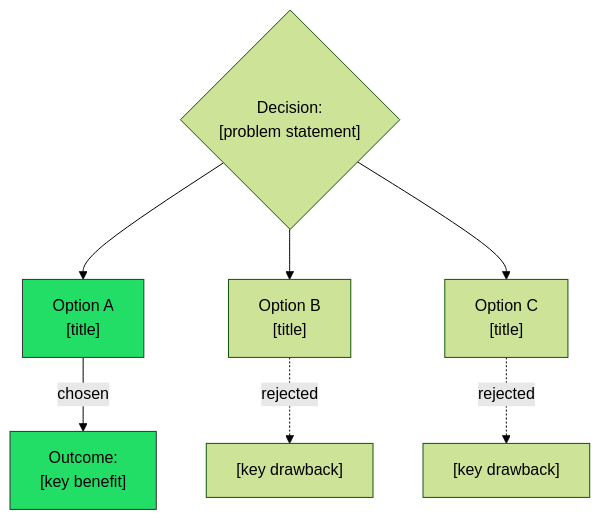
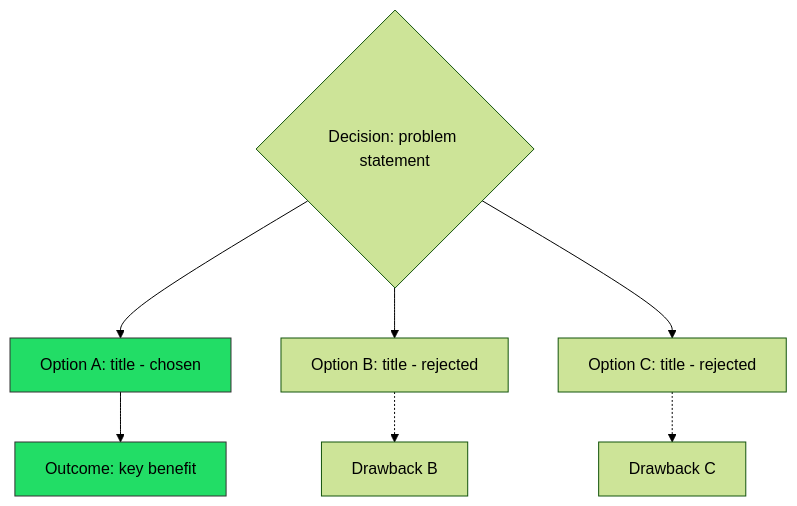
The first of 2 diagrams in get-my-shit-done/templates/adr.org (Xavier-Brinon/get-my-shit-done), drawn with Mermaid (forest theme) before and after one commit. The commit also changed other lines of this file and 2 other files, not shown here.

First line of the commit message:
feat(01-02): replace ob-mermaid blocks in adr.org, roadmap.org, and research.org

```diff
--- a/get-my-shit-done/templates/adr.org
+++ b/get-my-shit-done/templates/adr.org
@@ -114,12 +135,12 @@
-#+begin_src mermaid :file adr-NNN-options.png :exports results
+#+begin_src mermaid :exports none
 flowchart TD
-    Q{"Decision:\n[problem statement]"}
-    Q --> A["Option A\n[title]"]
-    Q --> B["Option B\n[title]"]
-    Q --> C["Option C\n[title]"]
-    A -->|"chosen"| R["Outcome:\n[key benefit]"]
-    B -.->|"rejected"| X1["[key drawback]"]
-    C -.->|"rejected"| X2["[key drawback]"]
+    Q{"Decision: problem statement"}
+    Q --> A["Option A: title - chosen"]
+    Q --> B["Option B: title - rejected"]
+    Q --> C["Option C: title - rejected"]
+    A --> R["Outcome: key benefit"]
+    B -.-> X1["Drawback B"]
+    C -.-> X2["Drawback C"]
     style A fill:#2d6,stroke:#333
     style R fill:#2d6,stroke:#333
 #+end_src
```
